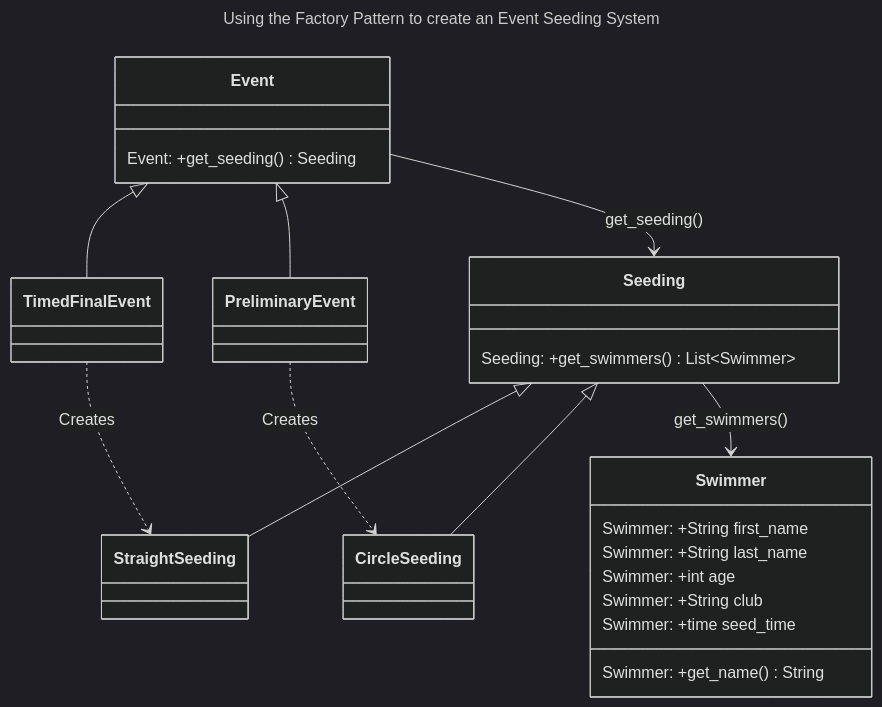
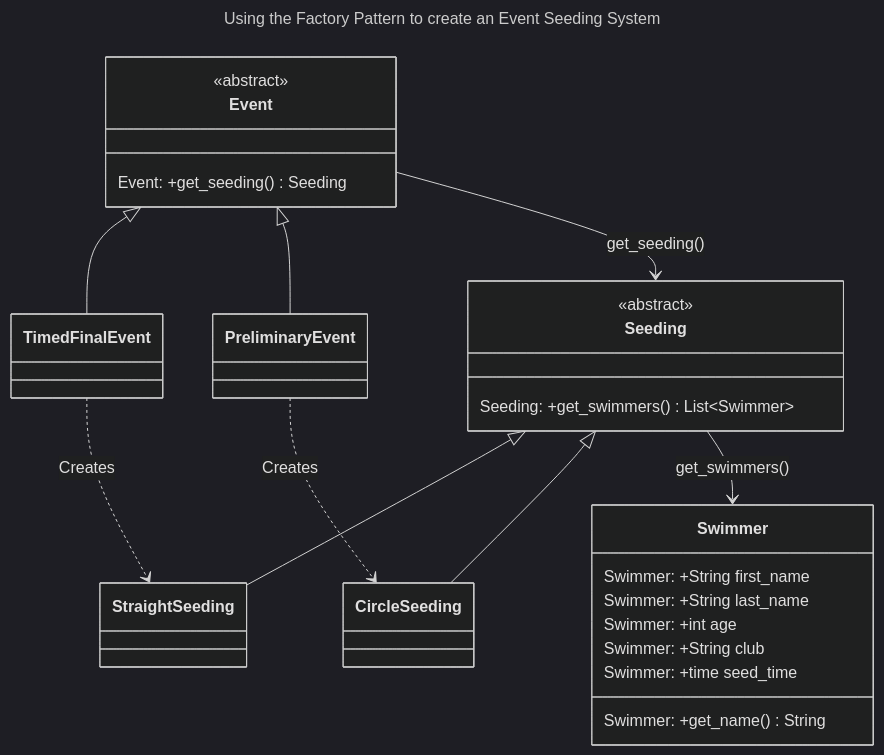
One commit to flempriere/design-patterns-with-python changed the diagram in II-Creational-Patterns/chapter-06/chapter-06.md. Above: the diagram before and after it, drawn with Mermaid (dark theme). The commit also changed other lines of this file and 19 other files, not shown here.

````diff
--- a/II-Creational-Patterns/chapter-06/chapter-06.md
+++ b/II-Creational-Patterns/chapter-06/chapter-06.md
@@ -48,44 +49,46 @@
 ``` mermaid
 ---
 title: Using the Factory Pattern to create an Event Seeding System
 ---
 classDiagram
 
     class Event {
+        <<abstract>>
         Event: +get_seeding() Seeding
     }
 
     class TimedFinalEvent
 
     class PreliminaryEvent
 
     Event <|-- TimedFinalEvent
     Event <|-- PreliminaryEvent
 
     class Seeding {
+        <<abstract>>
         Seeding: +get_swimmers() List~Swimmer~
     }
 
     class StraightSeeding
 
     class CircleSeeding
 
     Seeding <|-- StraightSeeding
     Seeding <|-- CircleSeeding
 
     Event --> Seeding : get_seeding()
     TimedFinalEvent ..> StraightSeeding : Creates
     PreliminaryEvent ..> CircleSeeding : Creates
 
     class Swimmer {
         Swimmer: +String first_name
         Swimmer: +String last_name
         Swimmer: +int age
         Swimmer: +String club
         Swimmer: +time seed_time
 
         Swimmer: +get_name() String
     }
 
     Seeding --> Swimmer : get_swimmers()
 ```
````
